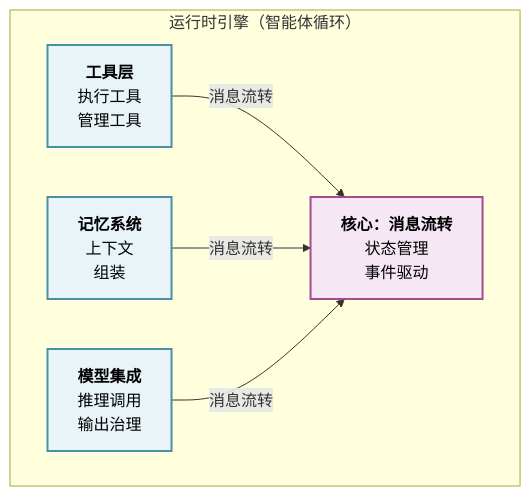
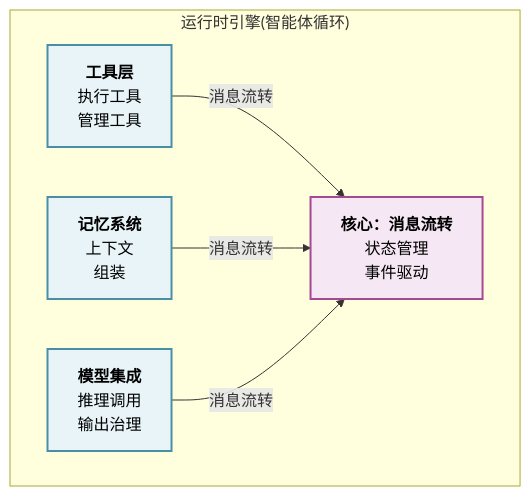
The second of 2 diagrams in 04_runtime/summary.md (yeasy/harness_engineering_guide), drawn with Mermaid before and after one commit. The commit also changed 58 other files, not shown here.

````diff
--- a/04_runtime/summary.md
+++ b/04_runtime/summary.md
@@ -155,17 +155,17 @@
 ```mermaid
 graph TB
-    subgraph "运行时引擎（智能体循环）"
+    subgraph "运行时引擎(智能体循环)"
         ToolLayer["<b>工具层</b><br/>执行工具<br/>管理工具"]
         MemorySystem["<b>记忆系统</b><br/>上下文<br/>组装"]
         ModelIntegration["<b>模型集成</b><br/>推理调用<br/>输出治理"]
 
         ToolLayer -->|消息流转| CoreEngine["<b>核心：消息流转</b><br/>状态管理<br/>事件驱动"]
         MemorySystem -->|消息流转| CoreEngine
         ModelIntegration -->|消息流转| CoreEngine
     end
 
     style ToolLayer fill:#e8f4f8,stroke:#4a90a4,stroke-width:2px,color:#000000
     style MemorySystem fill:#e8f4f8,stroke:#4a90a4,stroke-width:2px,color:#000000
     style ModelIntegration fill:#e8f4f8,stroke:#4a90a4,stroke-width:2px,color:#000000
     style CoreEngine fill:#f5e8f4,stroke:#a44a90,stroke-width:2px,color:#000000
 ```
````
